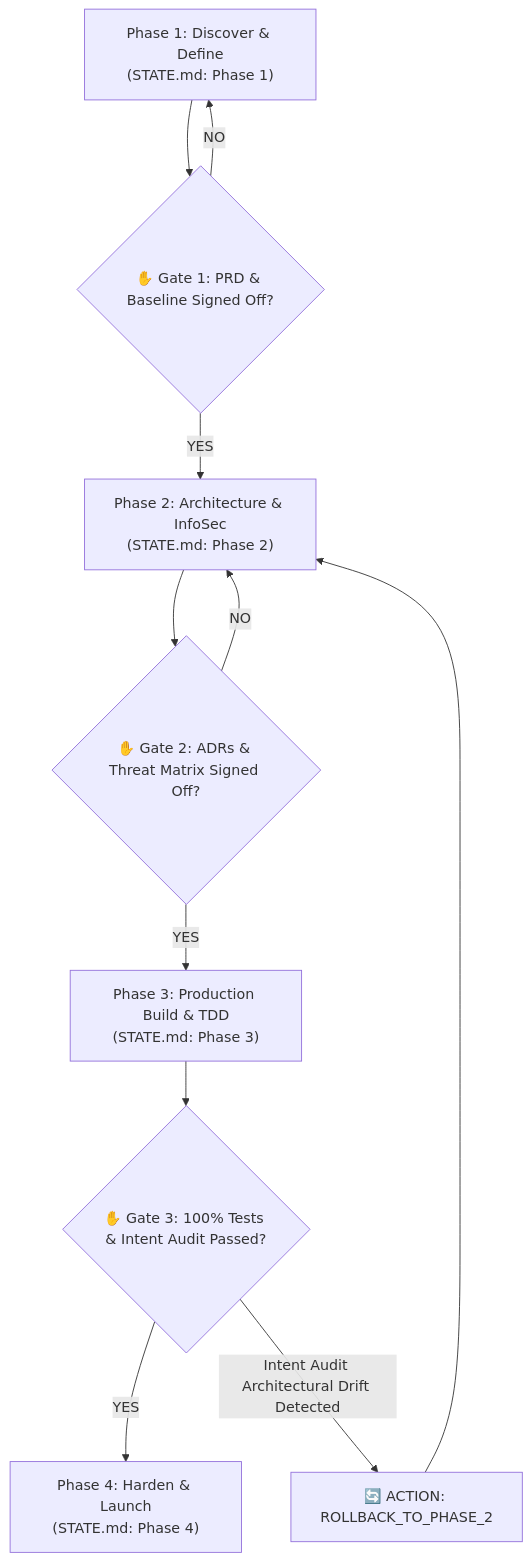
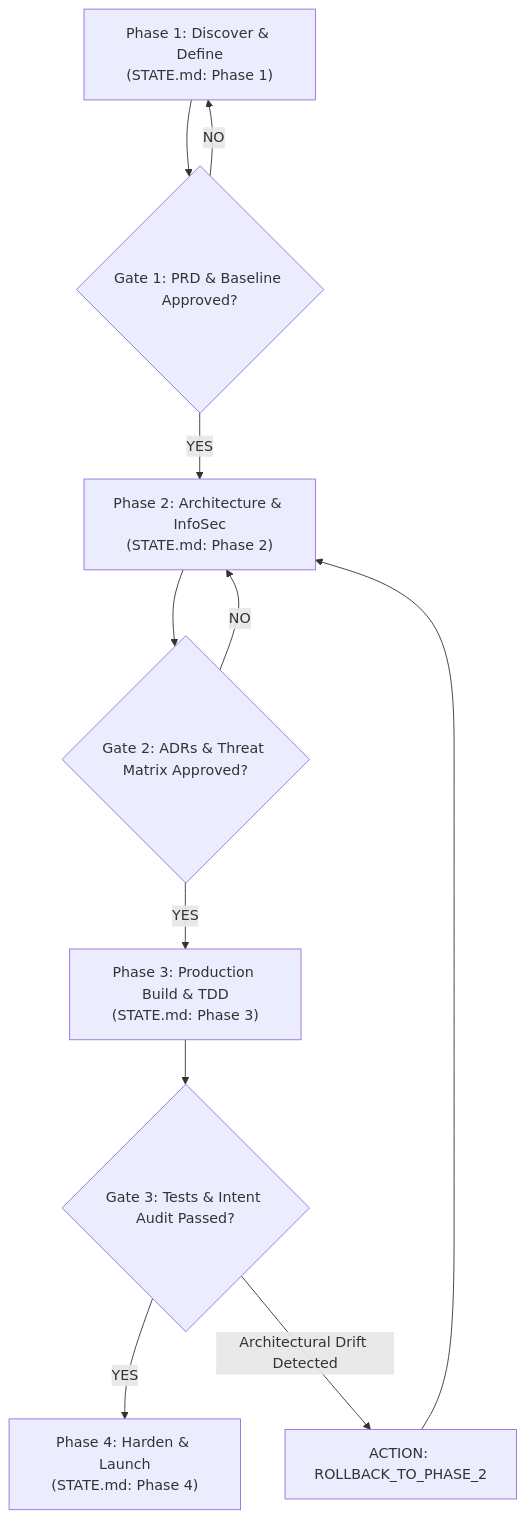
The diagram in docs/masterclass-walkthrough.md (enriquekalven/delta-skills), drawn with Mermaid before and after one commit. The commit also changed other lines of this file and 25 other files, not shown here.

Commit message:
feat: expand meta-skills suite, add GCP architecture advisor, and update TDL user guide

````diff
--- a/docs/masterclass-walkthrough.md
+++ b/docs/masterclass-walkthrough.md
@@ -33,13 +33,13 @@
 ```mermaid
 graph TD
-    P1["Phase 1: Discover & Define<br/>(STATE.md: Phase 1)"] --> Gate1{"✋ Gate 1: PRD & Baseline Signed Off?"}
+    P1["Phase 1: Discover & Define<br/>(STATE.md: Phase 1)"] --> Gate1{"Gate 1: PRD & Baseline Approved?"}
     Gate1 -- "YES" --> P2["Phase 2: Architecture & InfoSec<br/>(STATE.md: Phase 2)"]
     Gate1 -- "NO" --> P1
-    P2 --> Gate2{"✋ Gate 2: ADRs & Threat Matrix Signed Off?"}
+    P2 --> Gate2{"Gate 2: ADRs & Threat Matrix Approved?"}
     Gate2 -- "YES" --> P3["Phase 3: Production Build & TDD<br/>(STATE.md: Phase 3)"]
     Gate2 -- "NO" --> P2
-    P3 --> Gate3{"✋ Gate 3: 100% Tests & Intent Audit Passed?"}
+    P3 --> Gate3{"Gate 3: Tests & Intent Audit Passed?"}
     Gate3 -- "YES" --> P4["Phase 4: Harden & Launch<br/>(STATE.md: Phase 4)"]
-    Gate3 -- "Intent Audit Architectural Drift Detected" --> Rollback["🔄 ACTION: ROLLBACK_TO_PHASE_2"]
+    Gate3 -- "Architectural Drift Detected" --> Rollback["ACTION: ROLLBACK_TO_PHASE_2"]
     Rollback --> P2
 ```
````
